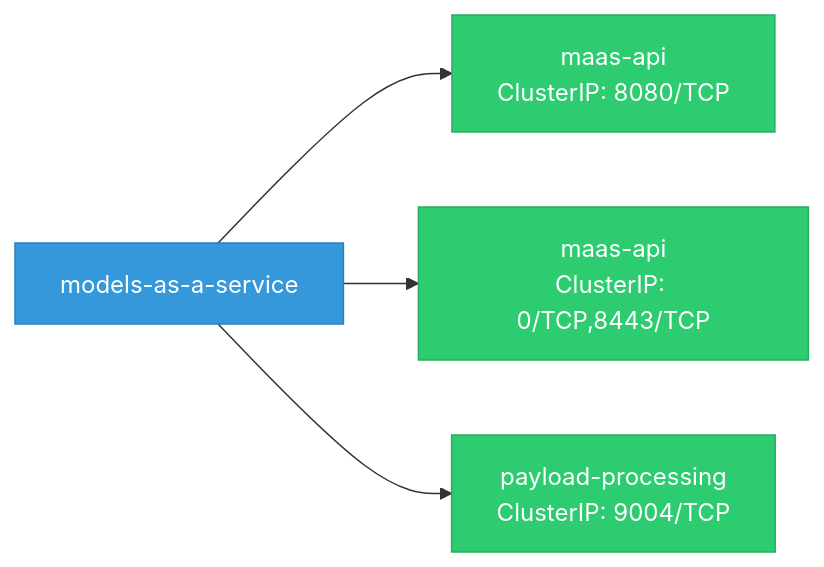
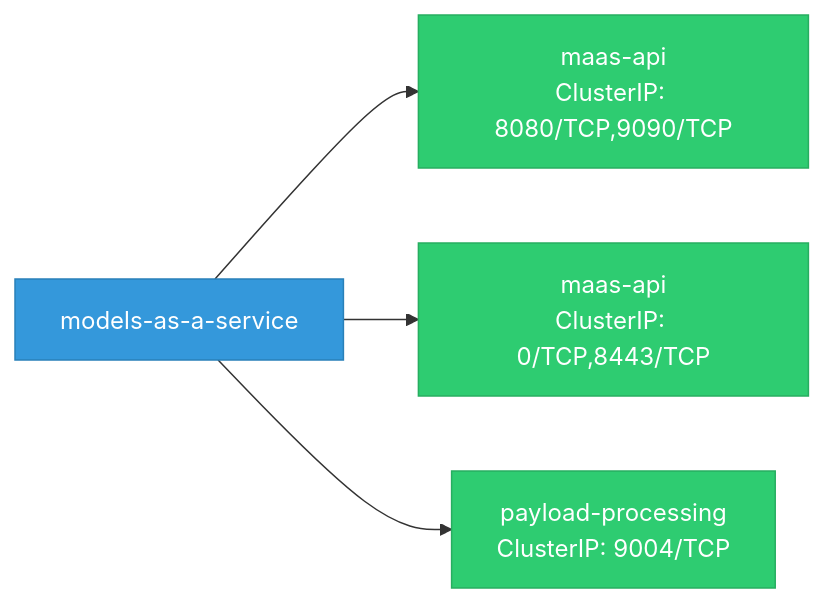
One commit to ugiordan/architecture-analyzer changed the first of 2 diagrams in site/docs/odh-platform/components/models_as_a_service/network.md. Above: the diagram before and after it, drawn with Mermaid. The commit also changed other lines of this file and 299 other files, not shown here.

````diff
--- a/site/docs/odh-platform/components/models_as_a_service/network.md
+++ b/site/docs/odh-platform/components/models_as_a_service/network.md
@@ -5,12 +5,12 @@
 ```mermaid
 graph LR
     classDef svc fill:#2ecc71,stroke:#27ae60,color:#fff
     classDef test fill:#95a5a6,stroke:#7f8c8d,color:#fff
     classDef component fill:#3498db,stroke:#2980b9,color:#fff
     classDef ext fill:#e74c3c,stroke:#c0392b,color:#fff
 
     models_as_a_service["models-as-a-service"]:::component
-    models_as_a_service --> svc_0["maas-api\nClusterIP: 8080/TCP"]:::svc
+    models_as_a_service --> svc_0["maas-api\nClusterIP: 8080/TCP,9090/TCP"]:::svc
     models_as_a_service --> svc_1["maas-api\nClusterIP: 0/TCP,8443/TCP"]:::svc
     models_as_a_service --> svc_2["payload-processing\nClusterIP: 9004/TCP"]:::svc
 ```
````
